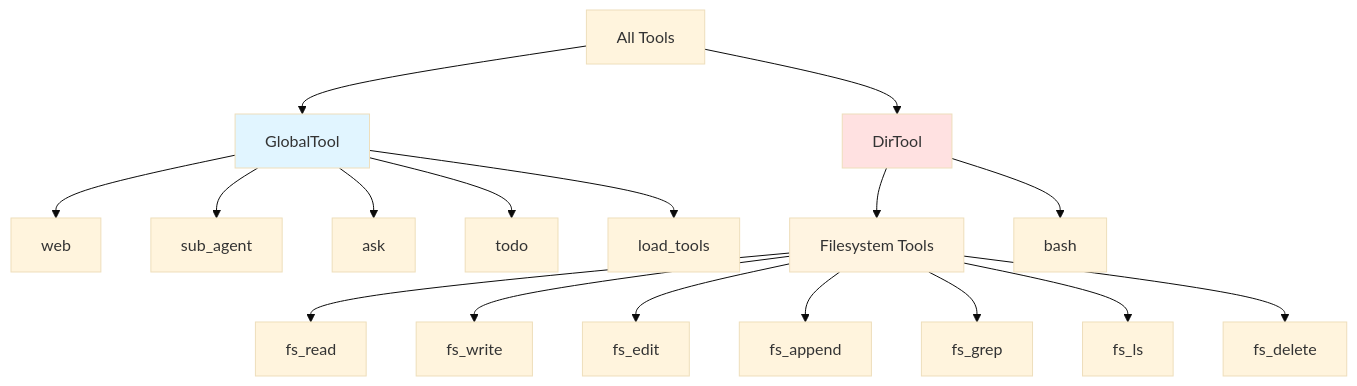
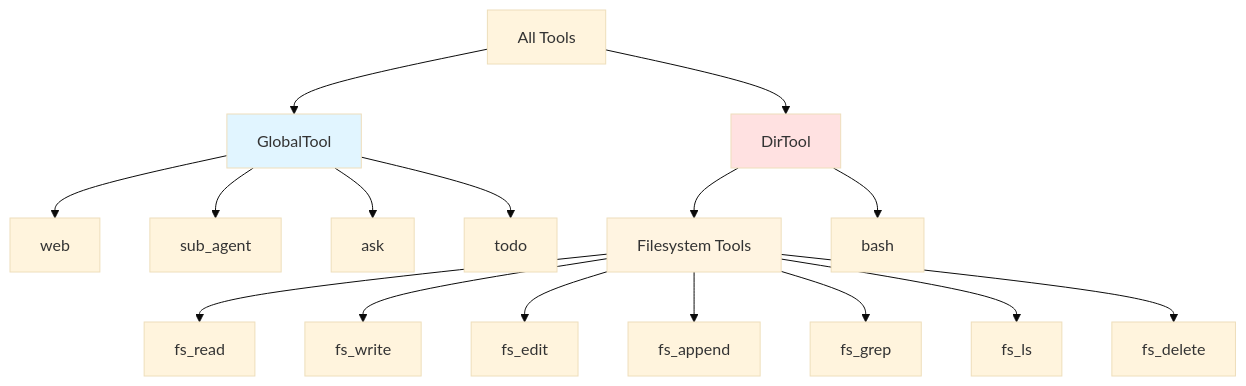
Before and after one commit to lukagray-dev/Operon: the seventh of 16 diagrams in operon-rs/src/operon-config/README.md, drawn with Mermaid (base theme). The commit also changed other lines of this file and 110 other files, not shown here.

````diff
--- a/operon-rs/src/operon-config/README.md
+++ b/operon-rs/src/operon-config/README.md
@@ -328,27 +326,26 @@
 ```mermaid
 graph TB
     Tools[All Tools]
     Tools --> Global[GlobalTool]
     Tools --> Dir[DirTool]
     
     Global --> Web[web]
     Global --> SubAgent[sub_agent]
     Global --> Ask[ask]
     Global --> Todo[todo]
-    Global --> LoadTools[load_tools]
     
     Dir --> Fs[Filesystem Tools]
     Dir --> Bash[bash]
     
     Fs --> FsRead[fs_read]
     Fs --> FsWrite[fs_write]
     Fs --> FsEdit[fs_edit]
     Fs --> FsAppend[fs_append]
     Fs --> FsGrep[fs_grep]
     Fs --> FsLs[fs_ls]
     Fs --> FsDelete[fs_delete]
     
     style Global fill:#E1F5FF
     style Dir fill:#FFE1E1
     style Fs fill:#FFF4E1
 ```
````
